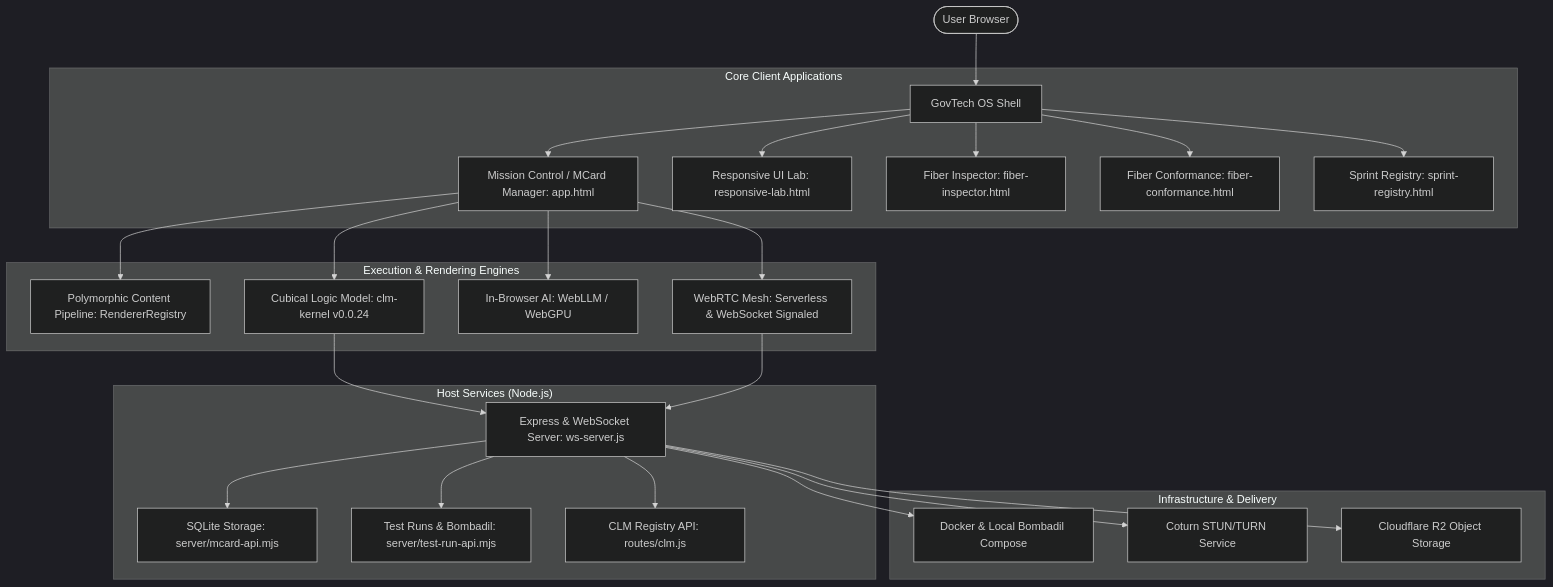
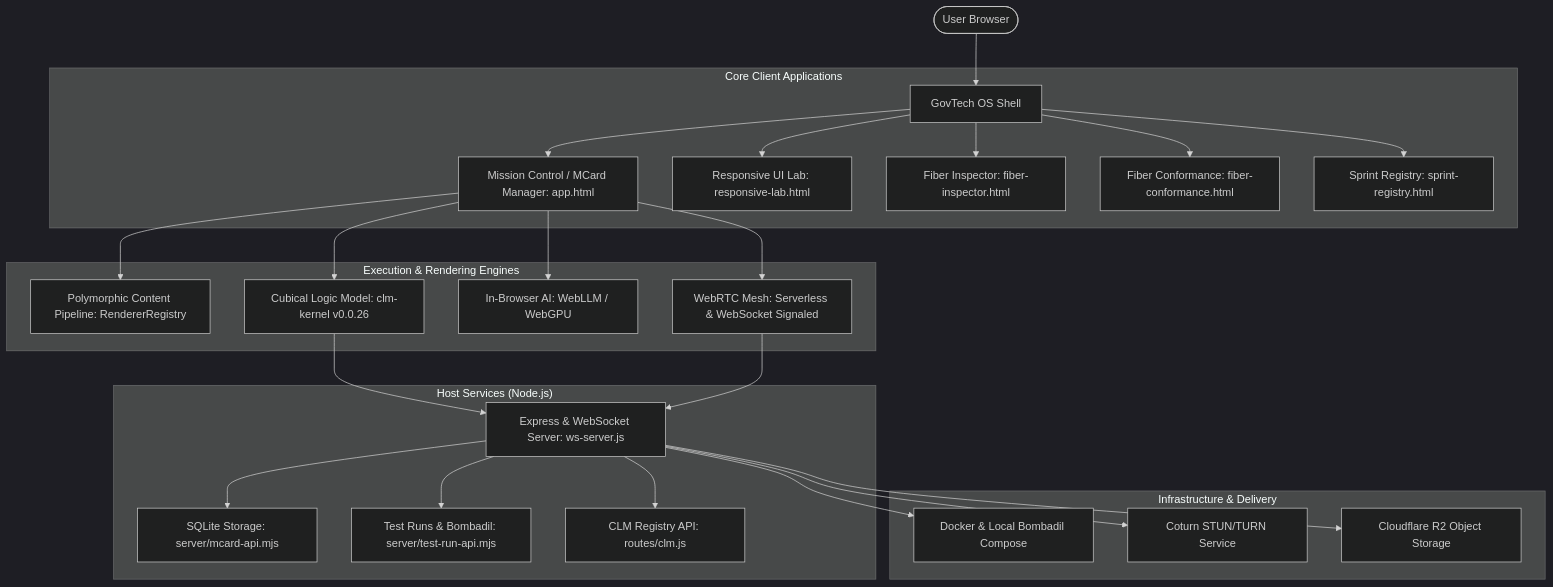
Before and after one commit to xlp0/LandingPage: the first of 2 diagrams in docs/functionalities/00-OVERVIEW-AND-FUNCTIONALITY-MAP.md, drawn with Mermaid (dark theme). The commit also changed other lines of this file and 57 other files, not shown here.

Commit message:
feat(pkc-06): integrate PkcCardIsland, TFZ gate, and clm-kernel@0.0.26

````diff
--- a/docs/functionalities/00-OVERVIEW-AND-FUNCTIONALITY-MAP.md
+++ b/docs/functionalities/00-OVERVIEW-AND-FUNCTIONALITY-MAP.md
@@ -22,33 +22,33 @@
 ```mermaid
 graph TD
     User([User Browser]) --> AppShell[GovTech OS Shell]
     
     subgraph "Core Client Applications"
         AppShell --> MC[Mission Control / MCard Manager: app.html]
         AppShell --> RL[Responsive UI Lab: responsive-lab.html]
         AppShell --> FI[Fiber Inspector: fiber-inspector.html]
         AppShell --> FC[Fiber Conformance: fiber-conformance.html]
         AppShell --> SR[Sprint Registry: sprint-registry.html]
     end
 
     subgraph "Execution & Rendering Engines"
         MC --> PR[Polymorphic Content Pipeline: RendererRegistry]
-        MC --> CLM[Cubical Logic Model: clm-kernel v0.0.24]
+        MC --> CLM[Cubical Logic Model: clm-kernel v0.0.26]
         MC --> WLLM[In-Browser AI: WebLLM / WebGPU]
         MC --> P2P[WebRTC Mesh: Serverless & WebSocket Signaled]
     end
 
     subgraph "Host Services (Node.js)"
         CLM --> WS[Express & WebSocket Server: ws-server.js]
         P2P --> WS
         WS --> MCardAPI[SQLite Storage: server/mcard-api.mjs]
         WS --> TestRunsAPI[Test Runs & Bombadil: server/test-run-api.mjs]
         WS --> CLMAPI[CLM Registry API: routes/clm.js]
     end
 
     subgraph "Infrastructure & Delivery"
         WS --> Docker[Docker & Local Bombadil Compose]
         WS --> STUN[Coturn STUN/TURN Service]
         WS --> R2[Cloudflare R2 Object Storage]
     end
 ```
````
